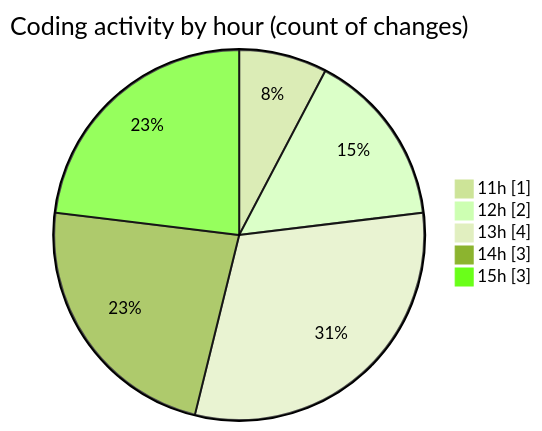
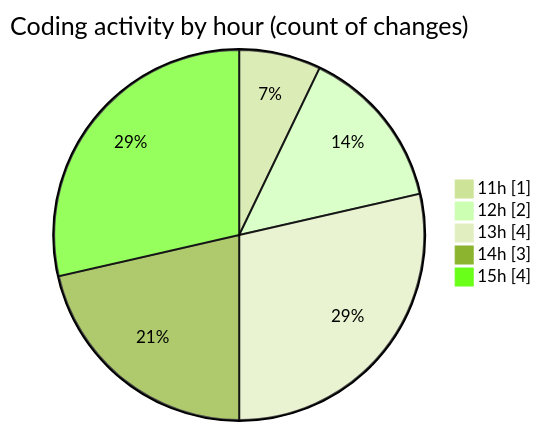
The second of 2 diagrams in 2025-07-18/urlwebwala_intership_work/README.md (Ritupan-Deka/code-tracking), drawn with Mermaid (forest theme) before and after one commit. The commit also changed other lines of this file and 1 other file, not shown here.

````diff
--- a/2025-07-18/urlwebwala_intership_work/README.md
+++ b/2025-07-18/urlwebwala_intership_work/README.md
@@ -29,9 +29,9 @@
 ```mermaid
 pie showData
 title Coding activity by hour (count of changes)
 "11h" : 1
 "12h" : 2
 "13h" : 4
 "14h" : 3
-"15h" : 3
+"15h" : 4
 ```
````
